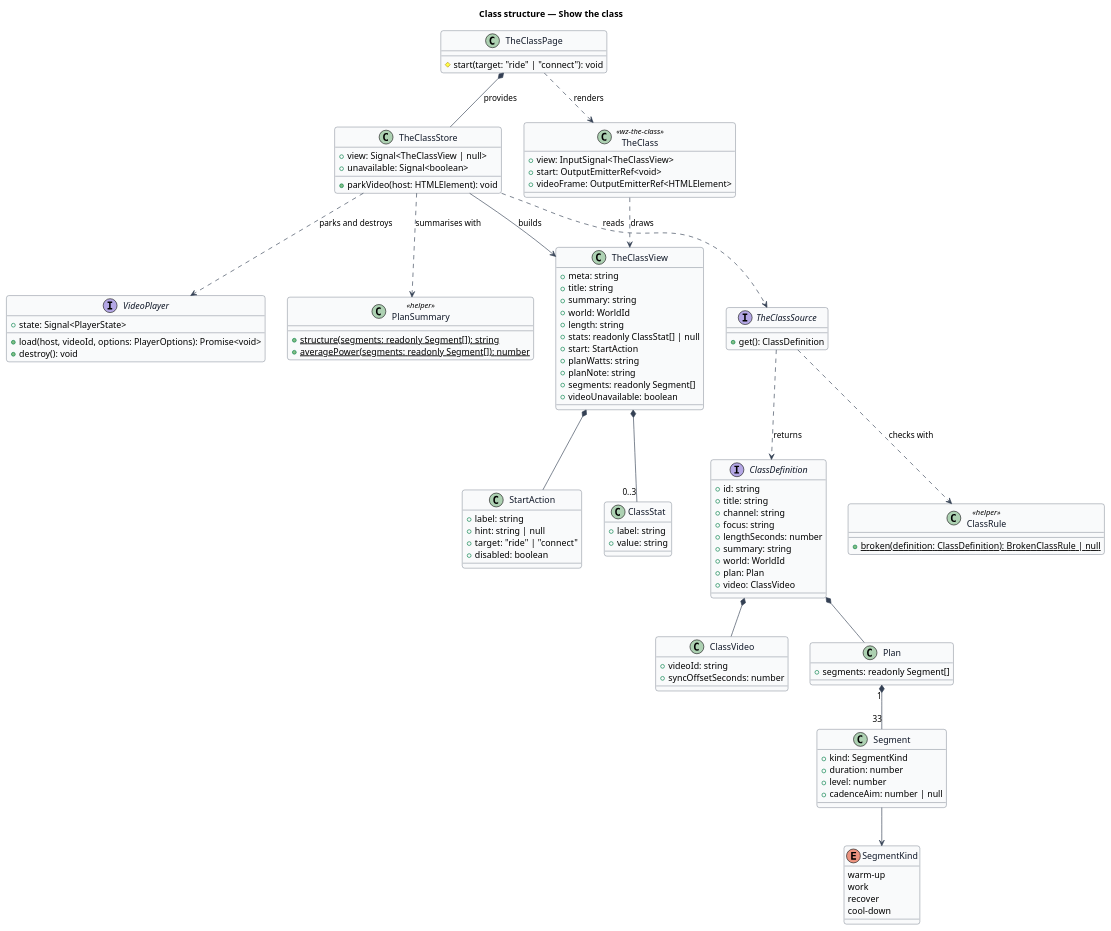
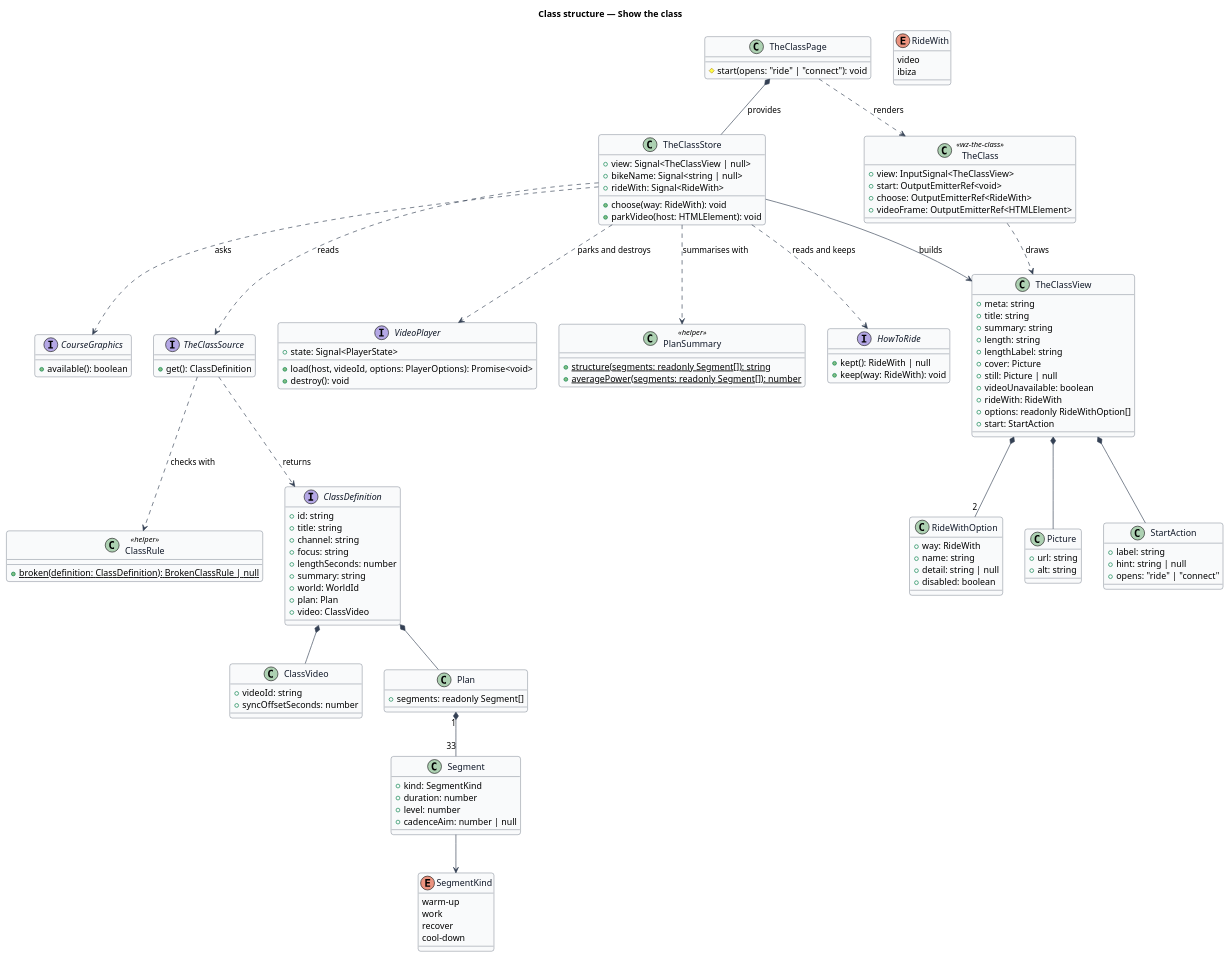
Before and after one commit to QuinntyneBrown/ride-one: the diagram in docs/detailed-designs/the-class/show-the-class/diagrams/class-structure.puml, drawn with PlantUML. The commit also changed 183 other files, not shown here.

First line of the commit message:
Slice 30.2: The Class, with the choice of how to ride

```diff
--- a/docs/detailed-designs/the-class/show-the-class/diagrams/class-structure.puml
+++ b/docs/detailed-designs/the-class/show-the-class/diagrams/class-structure.puml
@@ -1,113 +1,135 @@
 @startuml
 ' --- shared skin header ---
 skinparam backgroundColor #FFFFFF
 skinparam shadowing false
 skinparam roundcorner 8
 skinparam defaultFontName Arial
 skinparam ArrowColor #344054
 skinparam class {
   BorderColor #344054
   FontColor #101828
   BackgroundColor #F9FAFB
 }
 ' --------------------------
 title Class structure — Show the class
 
 interface ClassDefinition {
   +id: string
   +title: string
   +channel: string
   +focus: string
   +lengthSeconds: number
   +summary: string
   +world: WorldId
   +plan: Plan
   +video: ClassVideo
 }
 class ClassVideo {
   +videoId: string
   +syncOffsetSeconds: number
 }
 class Plan {
   +segments: readonly Segment[]
 }
 class Segment {
   +kind: SegmentKind
   +duration: number
   +level: number
   +cadenceAim: number | null
 }
 enum SegmentKind {
   warm-up
   work
   recover
   cool-down
 }
 interface TheClassSource {
   +get(): ClassDefinition
 }
 class ClassRule <<helper>> {
   +{static} broken(definition: ClassDefinition): BrokenClassRule | null
 }
 class PlanSummary <<helper>> {
   +{static} structure(segments: readonly Segment[]): string
   +{static} averagePower(segments: readonly Segment[]): number
 }
 class TheClassStore {
   +view: Signal<TheClassView | null>
-  +unavailable: Signal<boolean>
+  +bikeName: Signal<string | null>
+  +rideWith: Signal<RideWith>
+  +choose(way: RideWith): void
   +parkVideo(host: HTMLElement): void
+}
+interface HowToRide {
+  +kept(): RideWith | null
+  +keep(way: RideWith): void
+}
+interface CourseGraphics {
+  +available(): boolean
+}
+enum RideWith {
+  video
+  ibiza
 }
 class TheClassView {
   +meta: string
   +title: string
   +summary: string
-  +world: WorldId
   +length: string
-  +stats: readonly ClassStat[] | null
+  +lengthLabel: string
+  +cover: Picture
+  +still: Picture | null
+  +videoUnavailable: boolean
+  +rideWith: RideWith
+  +options: readonly RideWithOption[]
   +start: StartAction
-  +planWatts: string
-  +planNote: string
-  +segments: readonly Segment[]
-  +videoUnavailable: boolean
+}
+class RideWithOption {
+  +way: RideWith
+  +name: string
+  +detail: string | null
+  +disabled: boolean
+}
+class Picture {
+  +url: string
+  +alt: string
 }
 class StartAction {
   +label: string
   +hint: string | null
-  +target: "ride" | "connect"
-  +disabled: boolean
-}
-class ClassStat {
-  +label: string
-  +value: string
+  +opens: "ride" | "connect"
 }
 class TheClass <<wz-the-class>> {
   +view: InputSignal<TheClassView>
   +start: OutputEmitterRef<void>
+  +choose: OutputEmitterRef<RideWith>
   +videoFrame: OutputEmitterRef<HTMLElement>
 }
 class TheClassPage {
-  #start(target: "ride" | "connect"): void
+  #start(opens: "ride" | "connect"): void
 }
 interface VideoPlayer {
   +state: Signal<PlayerState>
   +load(host, videoId, options: PlayerOptions): Promise<void>
   +destroy(): void
 }
 
 TheClassSource ..> ClassDefinition : returns
 TheClassSource ..> ClassRule : checks with
 ClassDefinition *-- Plan
 ClassDefinition *-- ClassVideo
 Plan "1" *-- "33" Segment
 Segment --> SegmentKind
 TheClassStore ..> TheClassSource : reads
 TheClassStore ..> PlanSummary : summarises with
 TheClassStore --> TheClassView : builds
 TheClassStore ..> VideoPlayer : parks and destroys
 TheClassView *-- StartAction
-TheClassView *-- "0..3" ClassStat
+TheClassView *-- "2" RideWithOption
+TheClassView *-- Picture
+TheClassStore ..> HowToRide : reads and keeps
+TheClassStore ..> CourseGraphics : asks
 TheClassPage *-- TheClassStore : provides
 TheClassPage ..> TheClass : renders
 TheClass ..> TheClassView : draws
 @enduml
```
